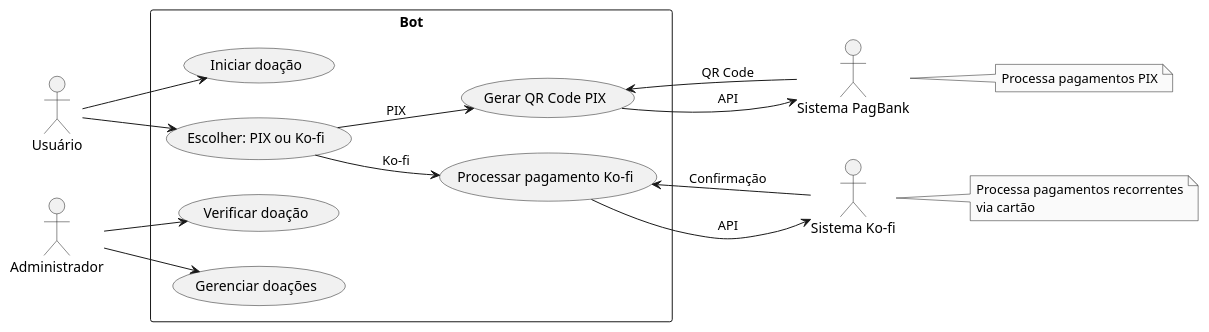
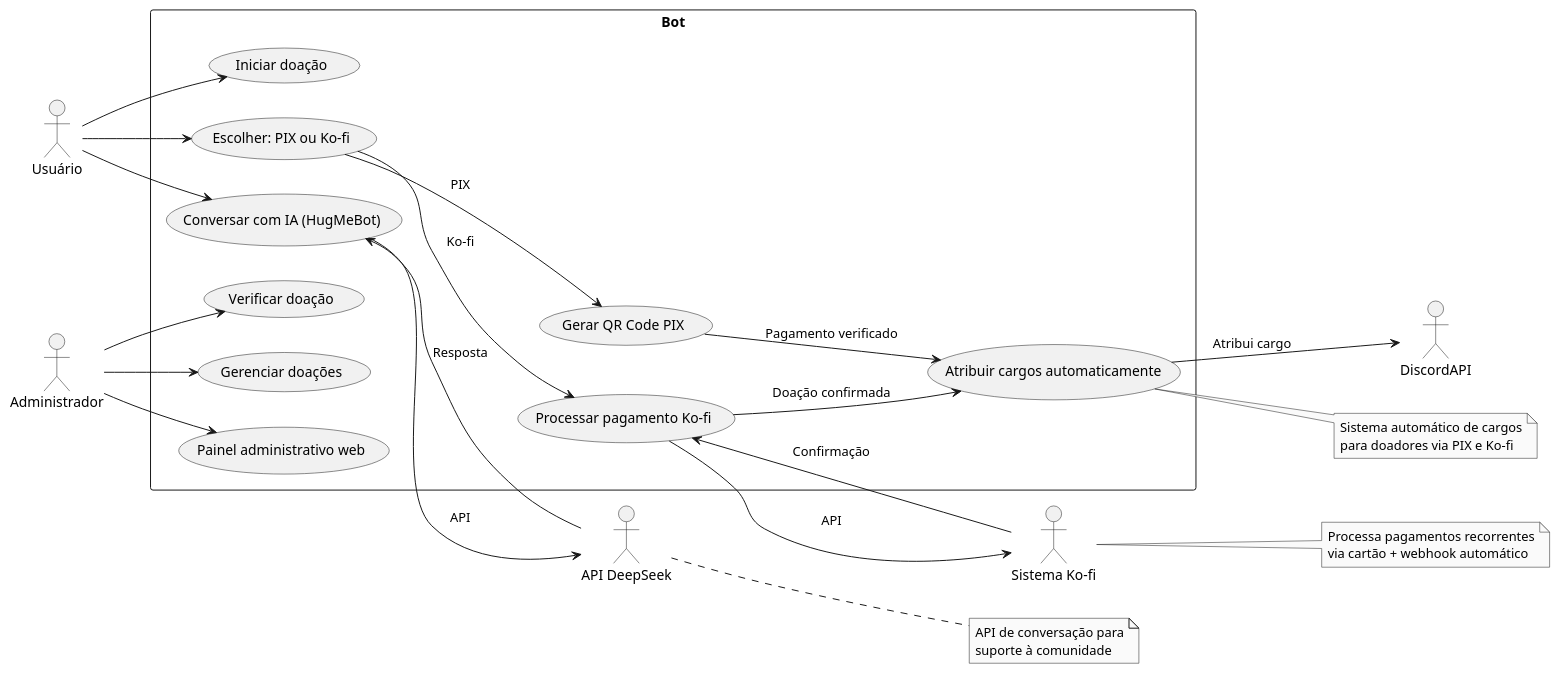
One commit to AnthonyLuciano/HugMe-DiscordBot changed the diagram in docs/casodeuso.puml. Above: the diagram before and after it, drawn with PlantUML. The commit also changed 2 other files, not shown here.

```diff
--- a/docs/casodeuso.puml
+++ b/docs/casodeuso.puml
@@ -1,39 +1,54 @@
 @startuml casodeuso
 left to right direction
 skinparam monochrome true
 
 actor Usuário
 actor Administrador
-actor "Sistema PagBank" as PagBank
 actor "Sistema Ko-fi" as KoFi
+actor "API DeepSeek" as DeepSeek
 
 rectangle Bot {
   usecase "Iniciar doação" as UC1
   usecase "Escolher: PIX ou Ko-fi" as UC2
   usecase "Gerar QR Code PIX" as UC3
   usecase "Processar pagamento Ko-fi" as UC4
   usecase "Verificar doação" as UC5
   usecase "Gerenciar doações" as UC6
+  usecase "Conversar com IA (HugMeBot)" as UC7
+  usecase "Atribuir cargos automaticamente" as UC8
+  usecase "Painel administrativo web" as UC9
 }
 
 Usuário --> UC1
 Usuário --> UC2
+Usuário --> UC7
 UC2 --> UC3 : PIX
 UC2 --> UC4 : Ko-fi
-UC3 --> PagBank : API
 UC4 --> KoFi : API
-PagBank --> UC3 : QR Code
+UC7 --> DeepSeek : API
 KoFi --> UC4 : Confirmação
+DeepSeek --> UC7 : Resposta
 
 Administrador --> UC5
 Administrador --> UC6
+Administrador --> UC9
 
-note right of PagBank
-  Processa pagamentos PIX
-end note
+UC4 --> UC8 : Doação confirmada
+UC3 --> UC8 : Pagamento verificado
+UC8 --> DiscordAPI : Atribui cargo
 
 note right of KoFi
   Processa pagamentos recorrentes
-  via cartão
+  via cartão + webhook automático
+end note
+
+note right of DeepSeek
+  API de conversação para
+  suporte à comunidade
+end note
+
+note right of UC8
+  Sistema automático de cargos
+  para doadores via PIX e Ko-fi
 end note
 @enduml
```
